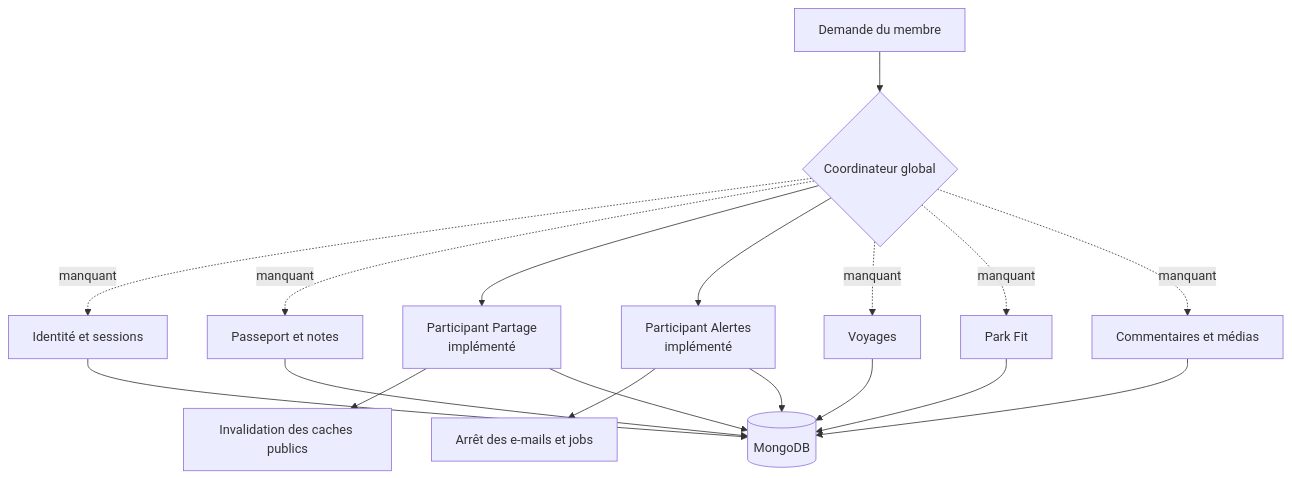
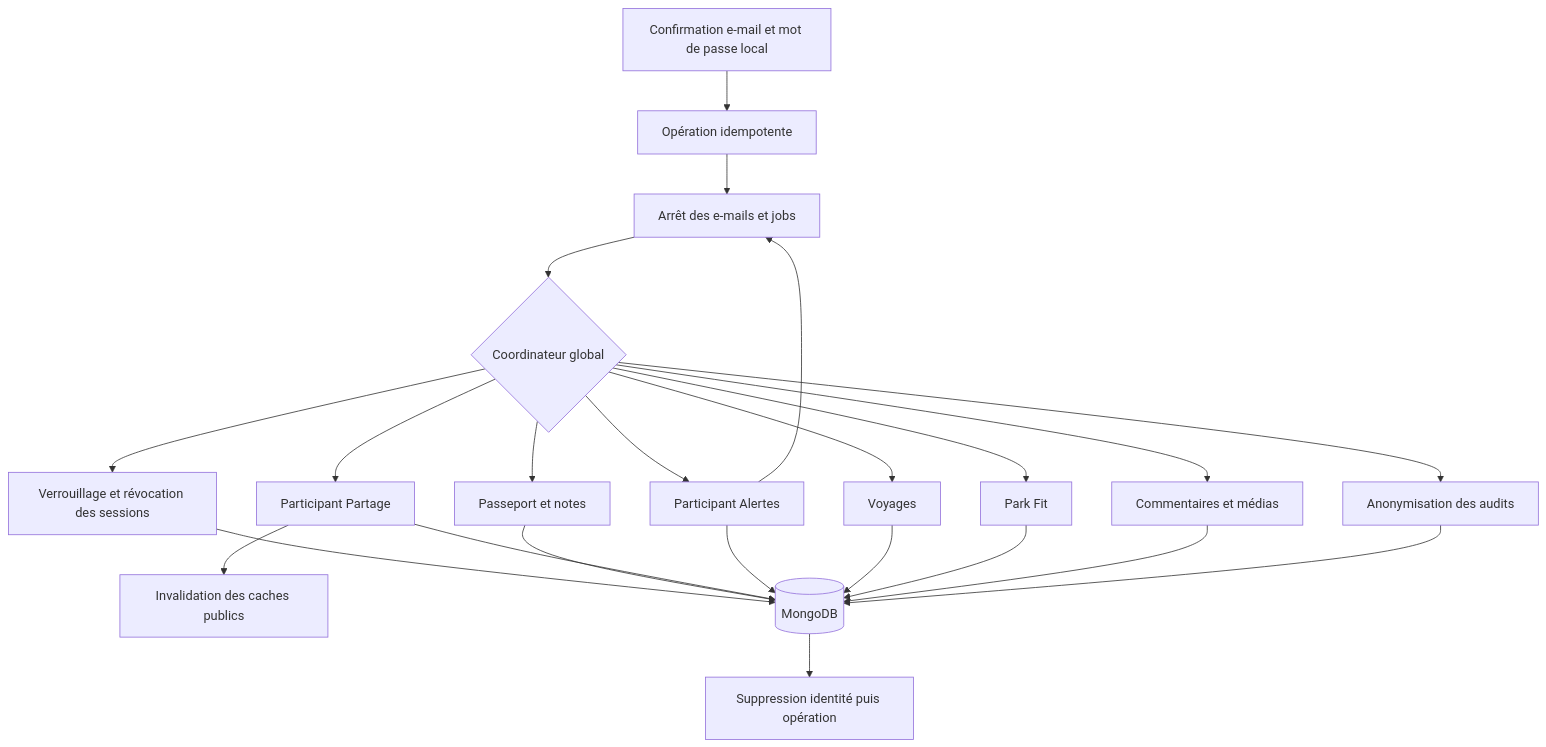
One commit to Ced59/AmusementParkProject changed the diagram in docs/architecture/product-growth-qual-04-privacy-export-deletion-matrix-2026-09-29.md. Above: the diagram before and after it, drawn with Mermaid. The commit also changed other lines of this file and 81 other files, not shown here.

````diff
--- a/docs/architecture/product-growth-qual-04-privacy-export-deletion-matrix-2026-09-29.md
+++ b/docs/architecture/product-growth-qual-04-privacy-export-deletion-matrix-2026-09-29.md
@@ -53,20 +53,25 @@
 ```mermaid
 flowchart TD
-    U[Demande du membre] --> G{Coordinateur global}
-    G -. manquant .-> I[Identité et sessions]
-    G -. manquant .-> P[Passeport et notes]
-    G --> S[Participant Partage<br/>implémenté]
-    G --> W[Participant Alertes<br/>implémenté]
-    G -. manquant .-> T[Voyages]
-    G -. manquant .-> F[Park Fit]
-    G -. manquant .-> C[Commentaires et médias]
+    U[Confirmation e-mail et mot de passe local] --> O[Opération idempotente]
+    O --> J[Job durable borné]
+    J --> G{Coordinateur global}
+    G --> I[Verrouillage et révocation des sessions]
+    G --> P[Passeport et notes]
+    G --> S[Participant Partage]
+    G --> W[Participant Alertes]
+    G --> T[Voyages]
+    G --> F[Park Fit]
+    G --> C[Commentaires et médias]
+    G --> A[Anonymisation des audits]
     S --> K[Invalidation des caches publics]
     W --> J[Arrêt des e-mails et jobs]
     I --> D[(MongoDB)]
     P --> D
     S --> D
     W --> D
     T --> D
     F --> D
     C --> D
+    A --> D
+    D --> X[Suppression identité puis opération]
 ```
````
